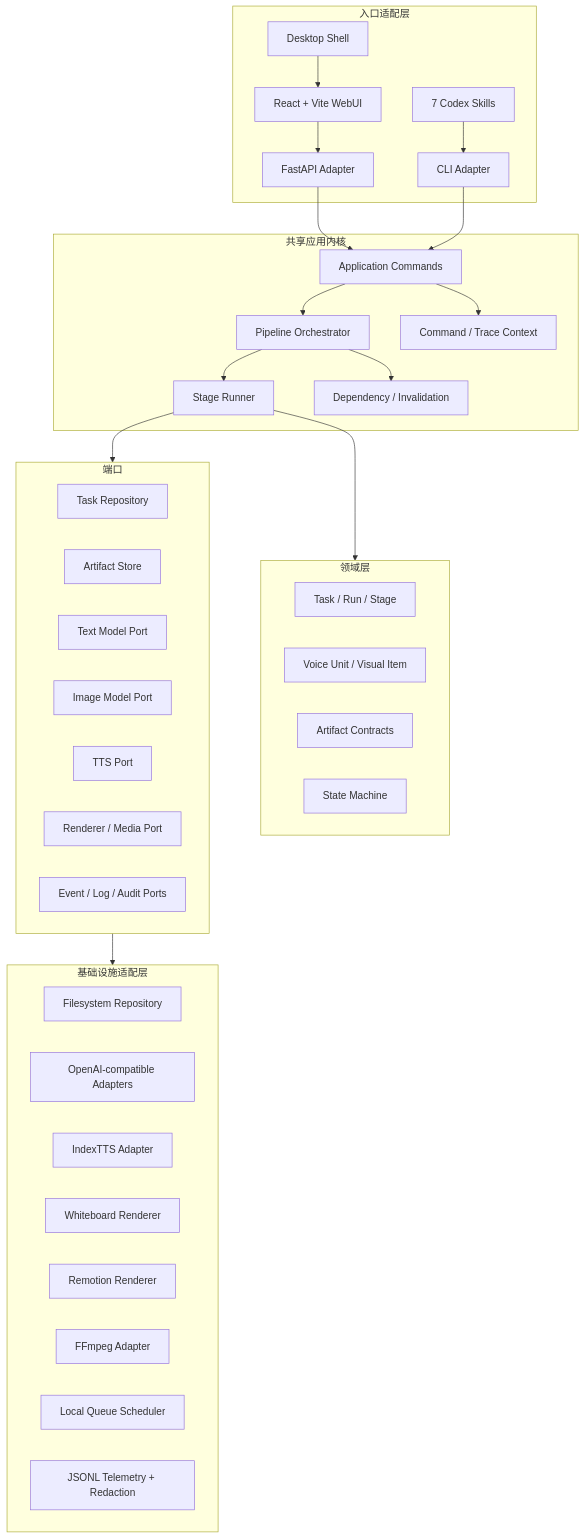
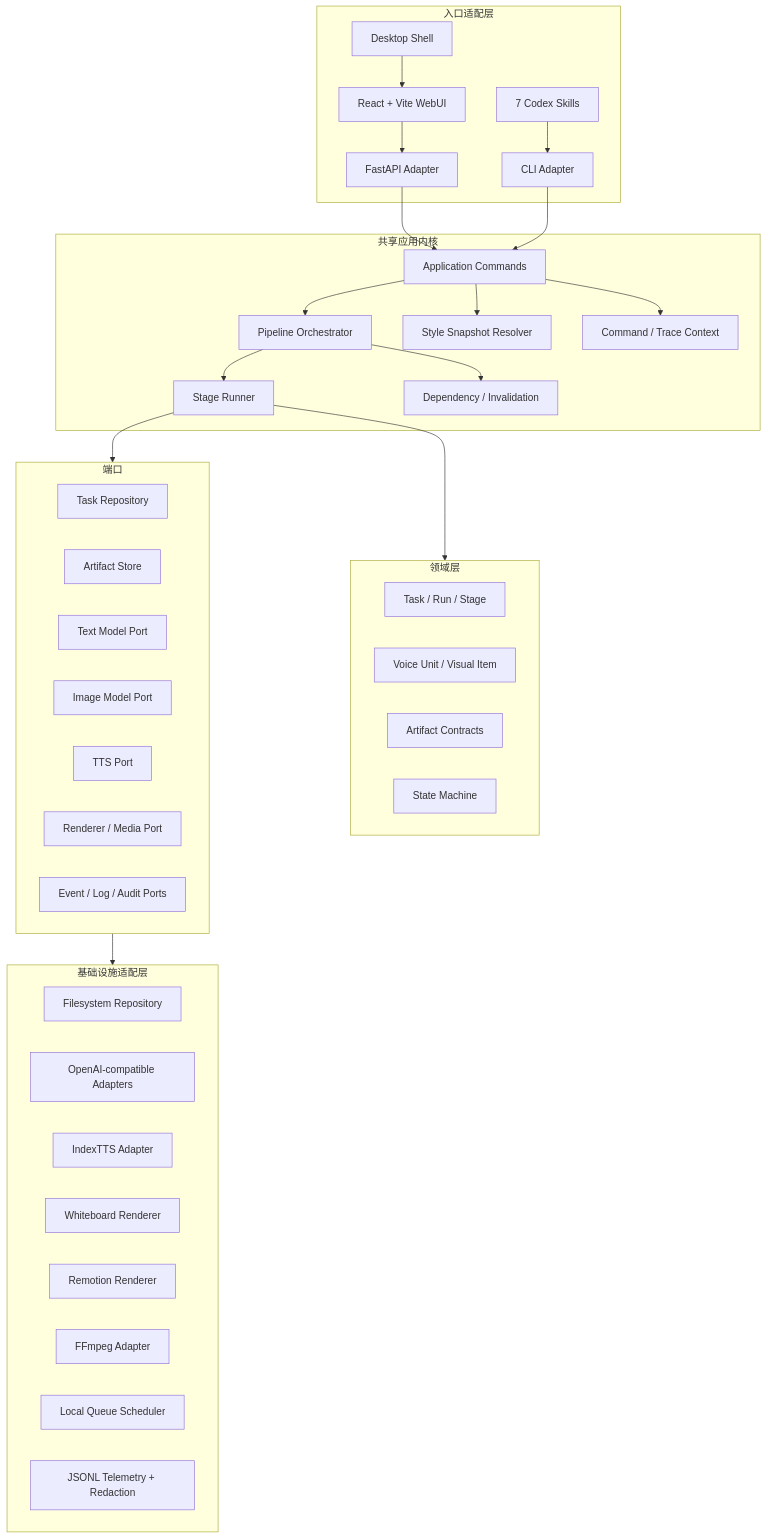
Before and after one commit to degyang/cs-board: the first of 2 diagrams in docs/Mountain/02-target-architecture.md, drawn with Mermaid. The commit also changed other lines of this file and 6 other files, not shown here.

````diff
--- a/docs/Mountain/02-target-architecture.md
+++ b/docs/Mountain/02-target-architecture.md
@@ -7,59 +7,61 @@
 ```mermaid
 flowchart TB
     subgraph Entry[入口适配层]
         Web[React + Vite WebUI]
         Desktop[Desktop Shell]
         API[FastAPI Adapter]
         Skills[7 Codex Skills]
         CLI[CLI Adapter]
     end
 
     subgraph Application[共享应用内核]
         Commands[Application Commands]
         Orchestrator[Pipeline Orchestrator]
         StageRunner[Stage Runner]
         Invalidator[Dependency / Invalidation]
+        AssetSnapshot[Style Snapshot Resolver]
         TraceContext[Command / Trace Context]
     end
 
     subgraph Domain[领域层]
         Task[Task / Run / Stage]
         AVModel[Voice Unit / Visual Item]
         Artifact[Artifact Contracts]
         StateMachine[State Machine]
     end
 
     subgraph Ports[端口]
         TaskRepo[Task Repository]
         ArtifactStore[Artifact Store]
         TextPort[Text Model Port]
         ImagePort[Image Model Port]
         TTSPort[TTS Port]
         RenderPort[Renderer / Media Port]
         Telemetry[Event / Log / Audit Ports]
     end
 
     subgraph Adapters[基础设施适配层]
         FileRepo[Filesystem Repository]
         ModelAPI[OpenAI-compatible Adapters]
         IndexTTS[IndexTTS Adapter]
         Whiteboard[Whiteboard Renderer]
         Remotion[Remotion Renderer]
         FFmpeg[FFmpeg Adapter]
         LocalQueue[Local Queue Scheduler]
         Jsonl[JSONL Telemetry + Redaction]
     end
 
     Web --> API
     Desktop --> Web
     API --> Commands
     Skills --> CLI
     CLI --> Commands
     Commands --> TraceContext
+    Commands --> AssetSnapshot
     Commands --> Orchestrator
     Orchestrator --> StageRunner
     StageRunner --> Domain
     Orchestrator --> Invalidator
     StageRunner --> Ports
     Ports --> Adapters
 ```
````
